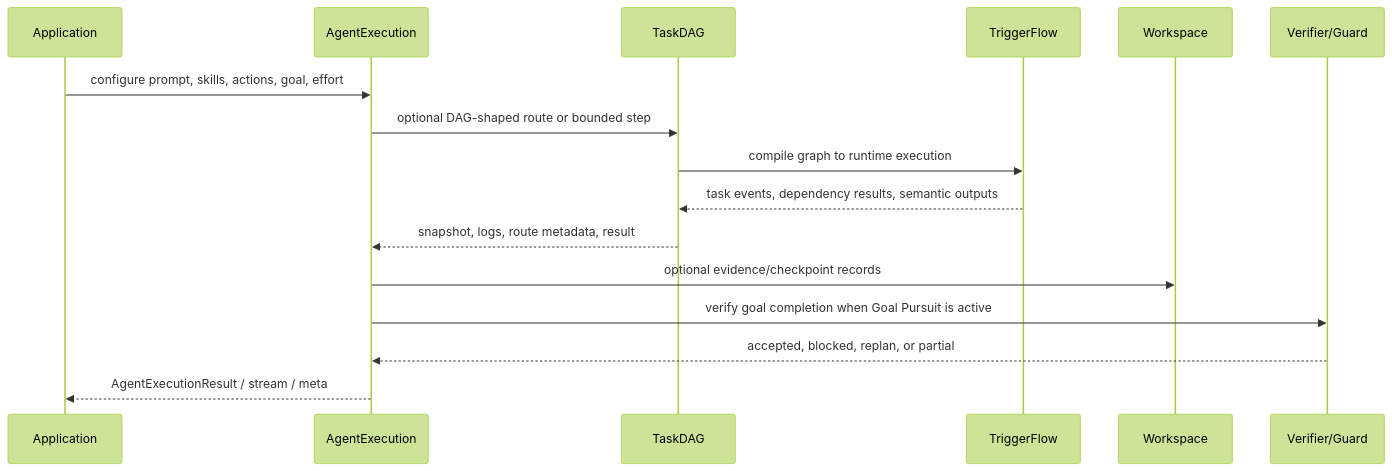
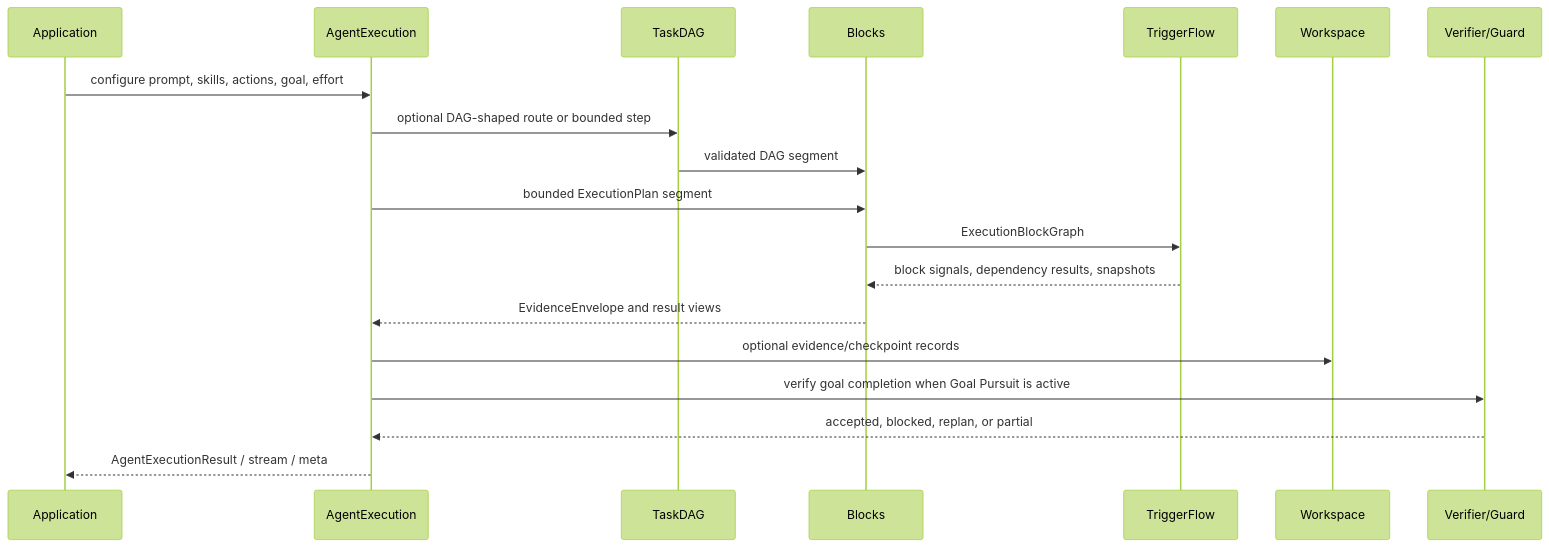
One commit to reconsumeralization/Agently changed the second of 2 diagrams in docs/en/reference/execution-layer-selection.md. Above: the diagram before and after it, drawn with Mermaid (forest theme). The commit also changed other lines of this file and 12 other files, not shown here.

Commit message:
docs: document lifecycle block execution

````diff
--- a/docs/en/reference/execution-layer-selection.md
+++ b/docs/en/reference/execution-layer-selection.md
@@ -127,19 +134,22 @@
 ```mermaid
 sequenceDiagram
     participant App as Application
     participant AE as AgentExecution
     participant DAG as TaskDAG
+    participant Blocks as Blocks
     participant TF as TriggerFlow
     participant WS as Workspace
     participant V as Verifier/Guard
 
     App->>AE: configure prompt, skills, actions, goal, effort
     AE->>DAG: optional DAG-shaped route or bounded step
-    DAG->>TF: compile graph to runtime execution
-    TF-->>DAG: task events, dependency results, semantic outputs
-    DAG-->>AE: snapshot, logs, route metadata, result
+    DAG->>Blocks: validated DAG segment
+    AE->>Blocks: bounded ExecutionPlan segment
+    Blocks->>TF: ExecutionBlockGraph
+    TF-->>Blocks: block signals, dependency results, snapshots
+    Blocks-->>AE: EvidenceEnvelope and result views
     AE->>WS: optional evidence/checkpoint records
     AE->>V: verify goal completion when Goal Pursuit is active
     V-->>AE: accepted, blocked, replan, or partial
     AE-->>App: AgentExecutionResult / stream / meta
 ```
````
